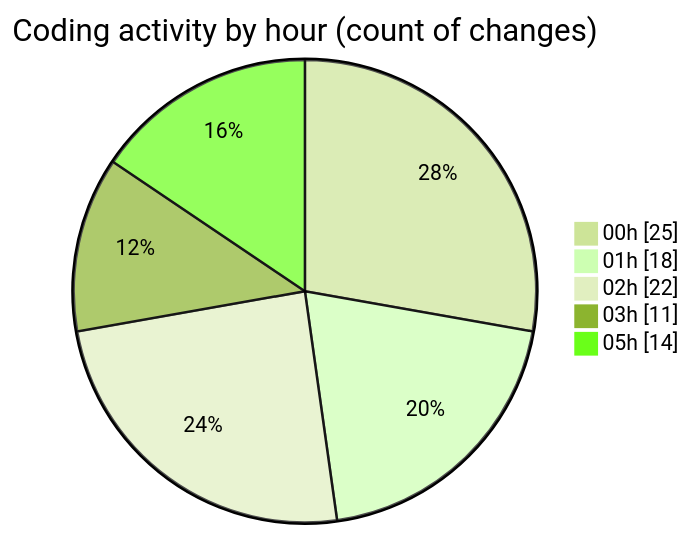
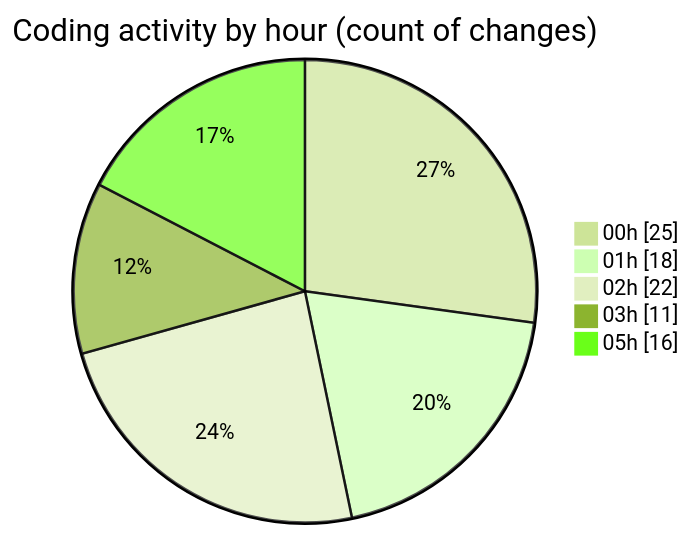
One commit to EIIisD/code-tracking changed the second of 2 diagrams in 2025-07-18/ribbon/README.md. Above: the diagram before and after it, drawn with Mermaid (forest theme). The commit also changed other lines of this file and 1 other file, not shown here.

````diff
--- a/2025-07-18/ribbon/README.md
+++ b/2025-07-18/ribbon/README.md
@@ -40,9 +40,9 @@
 ```mermaid
 pie showData
 title Coding activity by hour (count of changes)
 "00h" : 25
 "01h" : 18
 "02h" : 22
 "03h" : 11
-"05h" : 14
+"05h" : 16
 ```
````
